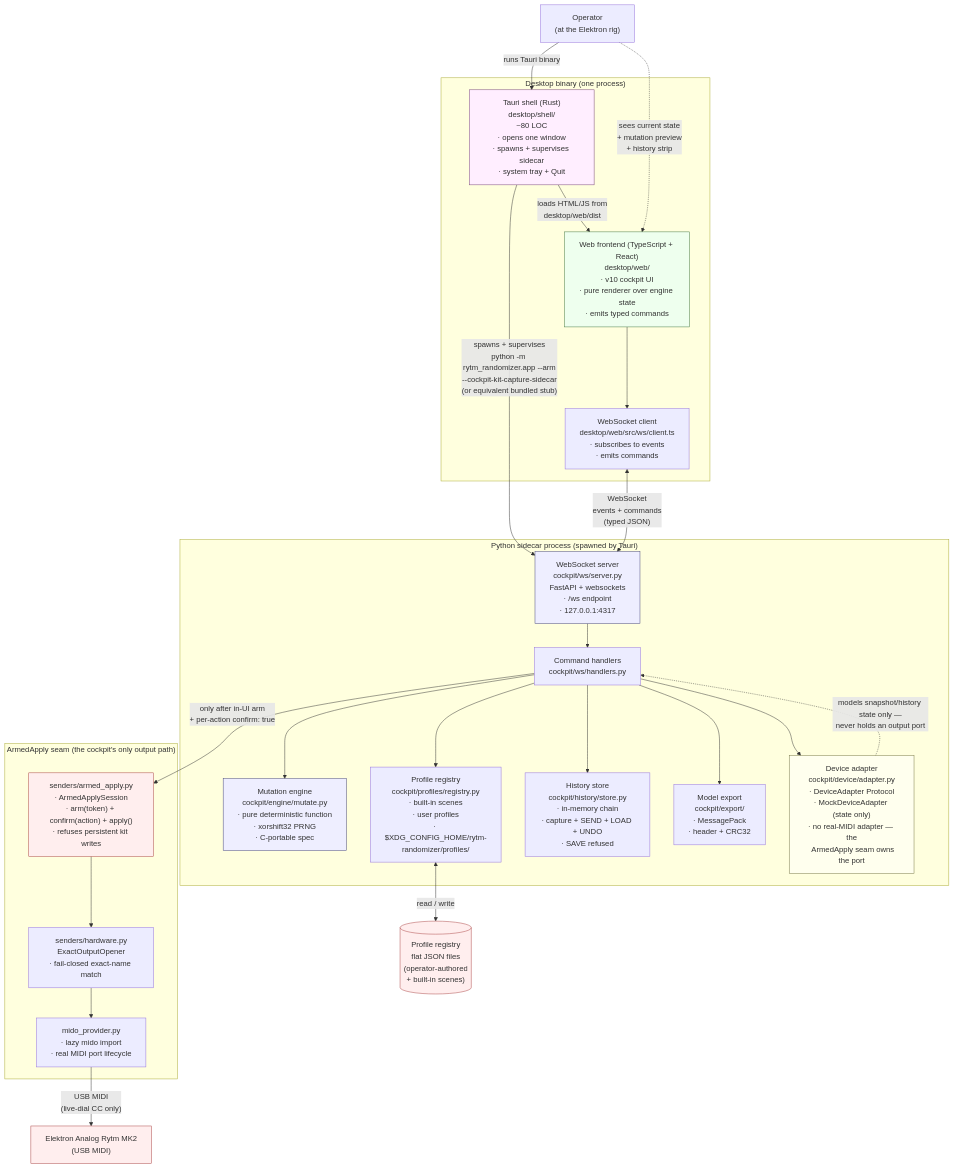
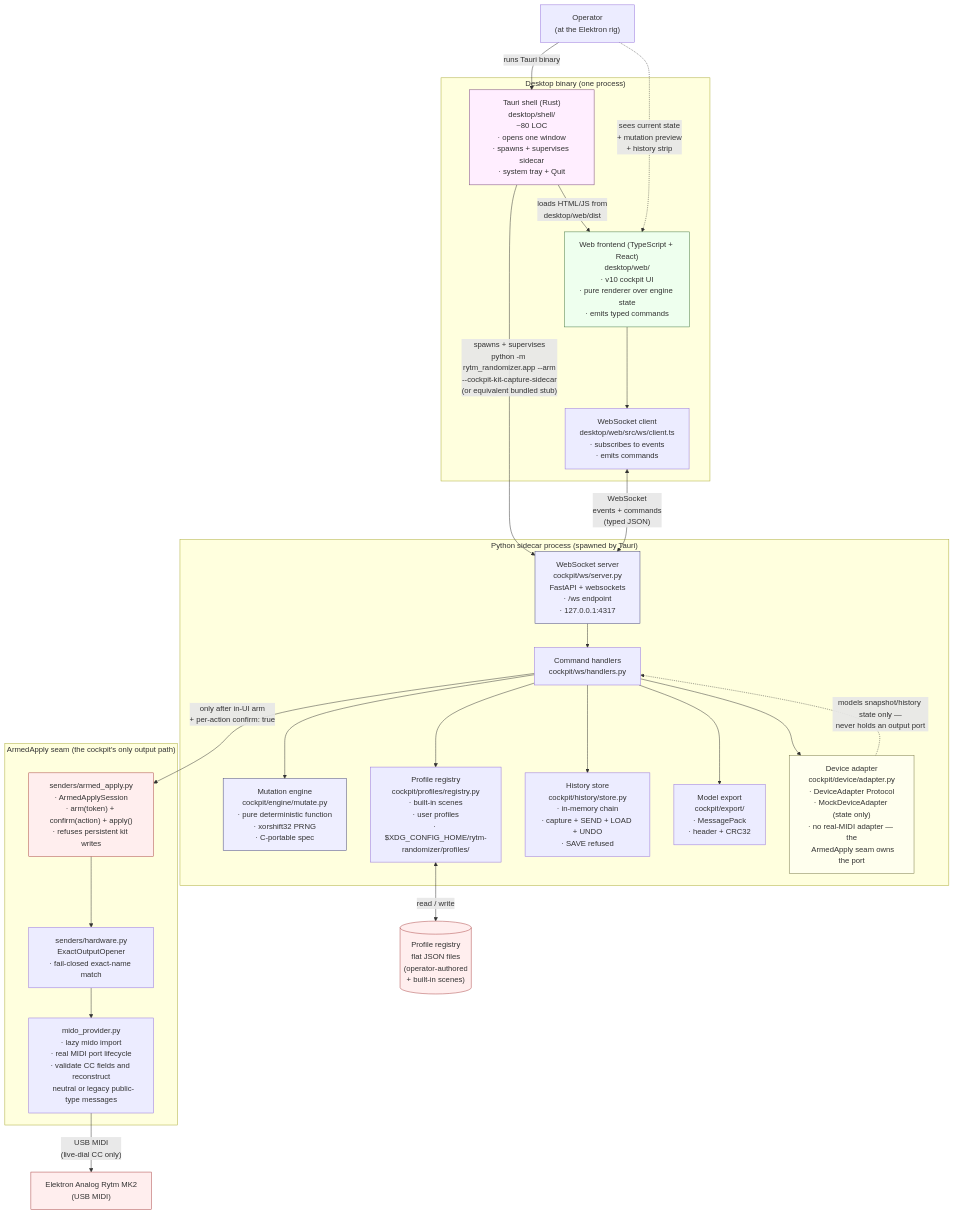
One commit to buzzijose-hub/RytmRandomizer changed diagram 27 of 38 in docs/ARCHITECTURE_DIAGRAMS.md. Above: the diagram before and after it, drawn with Mermaid. The commit also changed other lines of this file and 12 other files, not shown here.

````diff
--- a/docs/ARCHITECTURE_DIAGRAMS.md
+++ b/docs/ARCHITECTURE_DIAGRAMS.md
@@ -2295,61 +2295,61 @@
 ```mermaid
 flowchart TB
     Operator["Operator<br/>(at the Elektron rig)"]
 
     subgraph Desktop["Desktop binary (one process)"]
         TauriShell["Tauri shell (Rust)<br/>desktop/shell/<br/>~80 LOC<br/>· opens one window<br/>· spawns + supervises sidecar<br/>· system tray + Quit"]
         WebFrontend["Web frontend (TypeScript + React)<br/>desktop/web/<br/>· v10 cockpit UI<br/>· pure renderer over engine state<br/>· emits typed commands"]
         WSClient["WebSocket client<br/>desktop/web/src/ws/client.ts<br/>· subscribes to events<br/>· emits commands"]
     end
 
     subgraph Sidecar["Python sidecar process (spawned by Tauri)"]
         WSServer["WebSocket server<br/>cockpit/ws/server.py<br/>FastAPI + websockets<br/>· /ws endpoint<br/>· 127.0.0.1:4317"]
         Handlers["Command handlers<br/>cockpit/ws/handlers.py"]
         Engine["Mutation engine<br/>cockpit/engine/mutate.py<br/>· pure deterministic function<br/>· xorshift32 PRNG<br/>· C-portable spec"]
         Profiles["Profile registry<br/>cockpit/profiles/registry.py<br/>· built-in scenes<br/>· user profiles<br/>· $XDG_CONFIG_HOME/rytm-randomizer/profiles/"]
         History["History store<br/>cockpit/history/store.py<br/>· in-memory chain<br/>· capture + SEND + LOAD + UNDO<br/>· SAVE refused"]
         Export["Model export<br/>cockpit/export/<br/>· MessagePack<br/>· header + CRC32"]
         DeviceAdapter["Device adapter<br/>cockpit/device/adapter.py<br/>· DeviceAdapter Protocol<br/>· MockDeviceAdapter (state only)<br/>· no real-MIDI adapter — the<br/>  ArmedApply seam owns the port"]
     end
 
     subgraph ArmedSeam["ArmedApply seam (the cockpit's only output path)"]
         ArmedApply["senders/armed_apply.py<br/>· ArmedApplySession<br/>· arm(token) + confirm(action) + apply()<br/>· refuses persistent kit writes"]
         ExactOpener["senders/hardware.py<br/>ExactOutputOpener<br/>· fail-closed exact-name match"]
-        MidoProvider["mido_provider.py<br/>· lazy mido import<br/>· real MIDI port lifecycle"]
+        MidoProvider["mido_provider.py<br/>· lazy mido import<br/>· real MIDI port lifecycle<br/>· validate CC fields and reconstruct<br/>  neutral or legacy public-type messages"]
     end
 
     Rytm["Elektron Analog Rytm MK2<br/>(USB MIDI)"]
     Disk[("Profile registry<br/>flat JSON files<br/>(operator-authored<br/>+ built-in scenes)")]
 
     Operator -->|"runs Tauri binary"| TauriShell
     TauriShell -->|"spawns + supervises<br/>python -m rytm_randomizer.app --arm<br/>--cockpit-kit-capture-sidecar<br/>(or equivalent bundled stub)"| WSServer
     TauriShell -->|"loads HTML/JS from<br/>desktop/web/dist"| WebFrontend
     WebFrontend --> WSClient
 
     WSClient <-->|"WebSocket<br/>events + commands<br/>(typed JSON)"| WSServer
     WSServer --> Handlers
     Handlers --> Engine
     Handlers --> Profiles
     Handlers --> History
     Handlers --> DeviceAdapter
     Handlers --> Export
 
     Profiles <-->|"read / write"| Disk
 
     Handlers -->|"only after in-UI arm<br/>+ per-action confirm: true"| ArmedApply
     DeviceAdapter -. "models snapshot/history state only —<br/>never holds an output port" .-> Handlers
     ArmedApply --> ExactOpener
     ExactOpener --> MidoProvider
     MidoProvider -->|"USB MIDI<br/>(live-dial CC only)"| Rytm
 
     Operator -. "sees current state<br/>+ mutation preview<br/>+ history strip" .-> WebFrontend
 
     style TauriShell fill:#fef,stroke:#747
     style WebFrontend fill:#efe,stroke:#474
     style WSServer fill:#eef,stroke:#447
     style Engine fill:#eef,stroke:#447
     style DeviceAdapter fill:#ffe,stroke:#774
     style ArmedApply fill:#fee,stroke:#a44
     style Rytm fill:#fee,stroke:#a44
     style Disk fill:#fee,stroke:#a44
 ```
````
